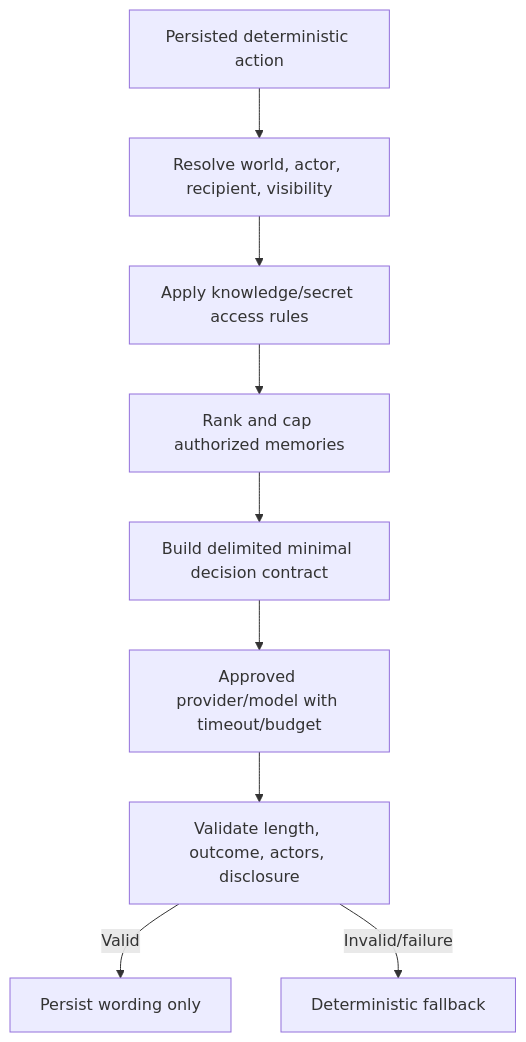
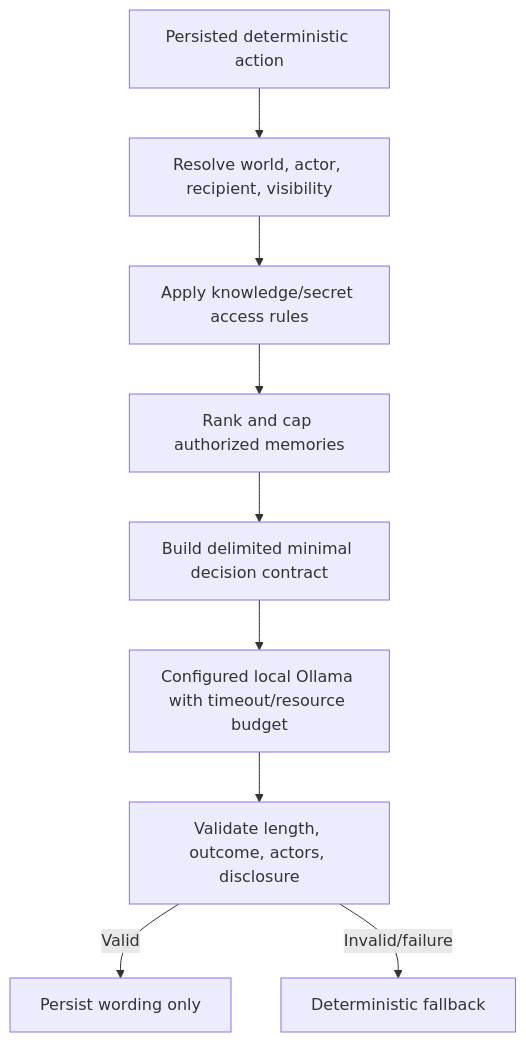
Before and after one commit to rajul-bhatnagar/parallel-world: the eighth of 9 diagrams in docs/architecture/SECURITY.md, drawn with Mermaid. The commit also changed other lines of this file and 6 other files, not shown here.

Commit message:
docs(ai): define M09 local-first generation contract

````diff
--- a/docs/architecture/SECURITY.md
+++ b/docs/architecture/SECURITY.md
@@ -414,11 +416,11 @@
 ```mermaid
 flowchart TD
     ACTION["Persisted deterministic action"] --> SCOPE["Resolve world, actor, recipient, visibility"]
     SCOPE --> KNOW["Apply knowledge/secret access rules"]
     KNOW --> MEMORY["Rank and cap authorized memories"]
     MEMORY --> CONTRACT["Build delimited minimal decision contract"]
-    CONTRACT --> AI["Approved provider/model with timeout/budget"]
+    CONTRACT --> AI["Configured local Ollama with timeout/resource budget"]
     AI --> VALIDATE["Validate length, outcome, actors, disclosure"]
     VALIDATE -->|"Valid"| TEXT["Persist wording only"]
     VALIDATE -->|"Invalid/failure"| FALLBACK["Deterministic fallback"]
 ```
````
